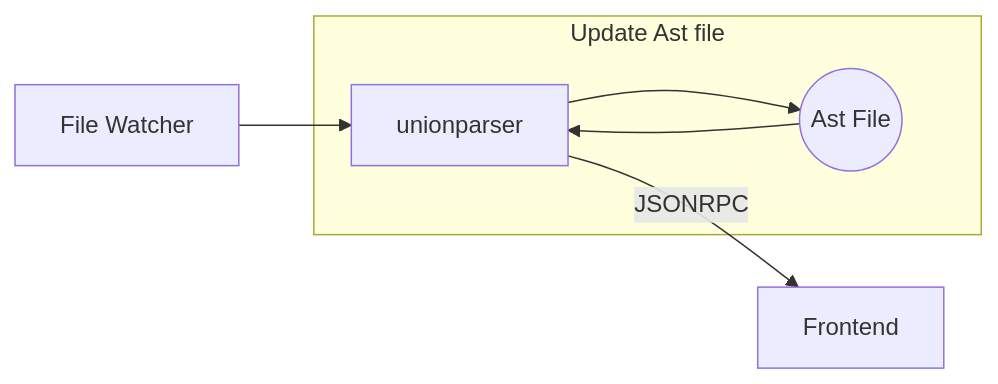
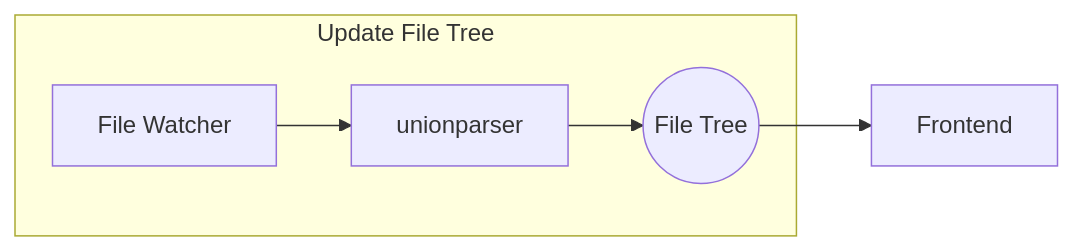
One commit to FunningC0217/UnionParser changed the third of 5 diagrams in README.md. Above: the diagram before and after it, drawn with Mermaid. The commit also changed other lines of this file, not shown here.

````diff
--- a/README.md
+++ b/README.md
@@ -32,7 +31,7 @@
 ```mermaid
 graph LR;
-FW[File Watcher]-->UP[unionparser]--JSONRPC-->A[Frontend]
-subgraph Update Ast file
-UP-->AST((Ast File))-->UP
+subgraph Update File Tree
+FW[File Watcher]-->UP[unionparser]-->T((File Tree))
 end
+T((File Tree))-->A[Frontend]
 ```
````
